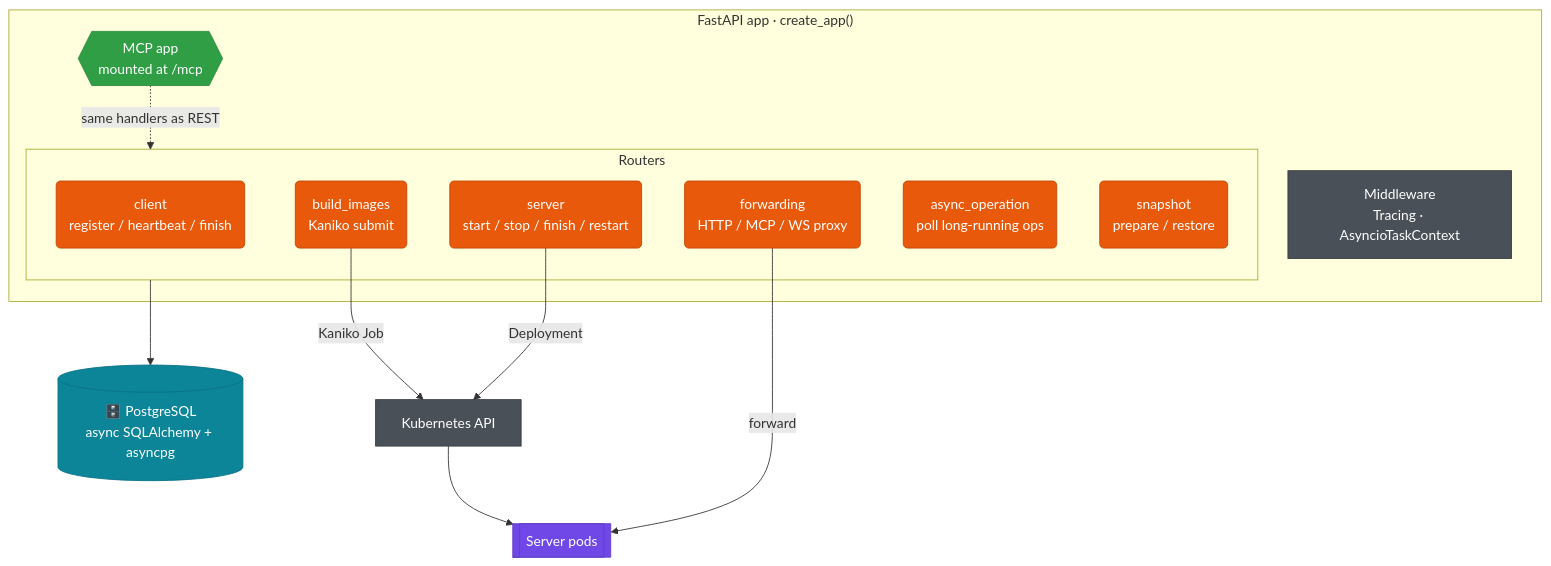
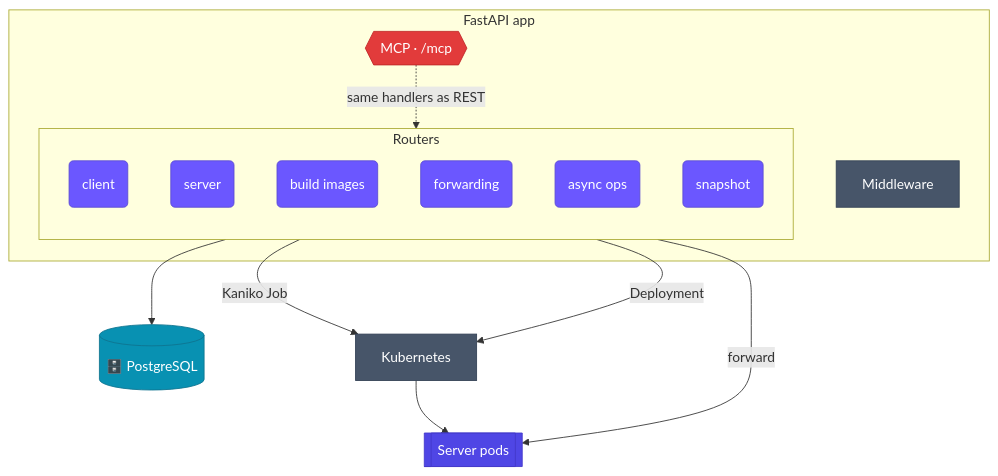
The diagram in website/docs/architecture/orchestrator.md (JetBrains-Research/idegym), drawn with Mermaid before and after one commit. The commit also changed 9 other files, not shown here.

First line of the commit message:
[JBRes-9938] recolor diagrams to brand palette + tighten & un-stretch

````diff
--- a/website/docs/architecture/orchestrator.md
+++ b/website/docs/architecture/orchestrator.md
@@ -15,39 +15,40 @@
 ```mermaid
 flowchart TB
-    subgraph app["FastAPI app · create_app()"]
-        mw["Middleware<br/>Tracing · AsyncioTaskContext"]:::infra
+    subgraph app["FastAPI app"]
+        mw["Middleware"]:::infra
         subgraph routers["Routers"]
-            rc("client<br/>register / heartbeat / finish"):::ctrl
-            rs("server<br/>start / stop / finish / restart"):::ctrl
-            rb("build_images<br/>Kaniko submit"):::ctrl
-            rf("forwarding<br/>HTTP / MCP / WS proxy"):::ctrl
-            ra("async_operation<br/>poll long-running ops"):::ctrl
-            rsnap("snapshot<br/>prepare / restore"):::ctrl
+            direction TB
+            rc("client"):::ctrl
+            rs("server"):::ctrl
+            rb("build images"):::ctrl
+            rf("forwarding"):::ctrl
+            ra("async ops"):::ctrl
+            rsnap("snapshot"):::ctrl
         end
-        mcp{{"MCP app<br/>mounted at /mcp"}}:::tool
+        mcp{{"MCP · /mcp"}}:::tool
     end
-    pg[("🗄️ PostgreSQL<br/>async SQLAlchemy + asyncpg")]:::store
-    kapi["Kubernetes API"]:::infra
+    pg[("🗄️ PostgreSQL")]:::store
+    kapi["Kubernetes"]:::infra
     pods[["Server pods"]]:::pod
 
     routers --> pg
     rb -->|"Kaniko Job"| kapi
     rs -->|"Deployment"| kapi --> pods
     rf -->|"forward"| pods
     mcp -.->|"same handlers as REST"| routers
 
-    classDef ctrl fill:#e8590c,stroke:#c04405,color:#fff;
-    classDef tool fill:#2f9e44,stroke:#2b8a3e,color:#fff;
-    classDef store fill:#0c8599,stroke:#0b7285,color:#fff;
-    classDef infra fill:#495057,stroke:#343a40,color:#fff;
-    classDef pod fill:#7048e8,stroke:#5f3dc4,color:#fff;
+    classDef ctrl fill:#6b57ff,stroke:#5b4bd2,color:#fff;
+    classDef tool fill:#e23b3b,stroke:#c02626,color:#fff;
+    classDef store fill:#0891b2,stroke:#0e7490,color:#fff;
+    classDef infra fill:#475569,stroke:#334155,color:#fff;
+    classDef pod fill:#4f46e5,stroke:#4338ca,color:#fff;
 
     click rc "https://github.com/JetBrains-Research/idegym/blob/main/orchestrator/src/idegym/orchestrator/router/client.py" "client router source"
     click rs "https://github.com/JetBrains-Research/idegym/blob/main/orchestrator/src/idegym/orchestrator/router/server.py" "server router source"
     click rb "https://github.com/JetBrains-Research/idegym/blob/main/orchestrator/src/idegym/orchestrator/router/build_images.py" "build_images router source"
     click rf "https://github.com/JetBrains-Research/idegym/blob/main/orchestrator/src/idegym/orchestrator/router/forwarding.py" "forwarding router source"
     click ra "https://github.com/JetBrains-Research/idegym/blob/main/orchestrator/src/idegym/orchestrator/router/async_operation.py" "async_operation router source"
     click rsnap "https://github.com/JetBrains-Research/idegym/blob/main/orchestrator/src/idegym/orchestrator/router/snapshot.py" "snapshot router source"
     click mcp "https://github.com/JetBrains-Research/idegym/blob/main/orchestrator/src/idegym/orchestrator/mcp.py" "MCP server source"
     click pg "https://github.com/JetBrains-Research/idegym/blob/main/orchestrator/src/idegym/orchestrator/database" "database layer source"
 ```
````
